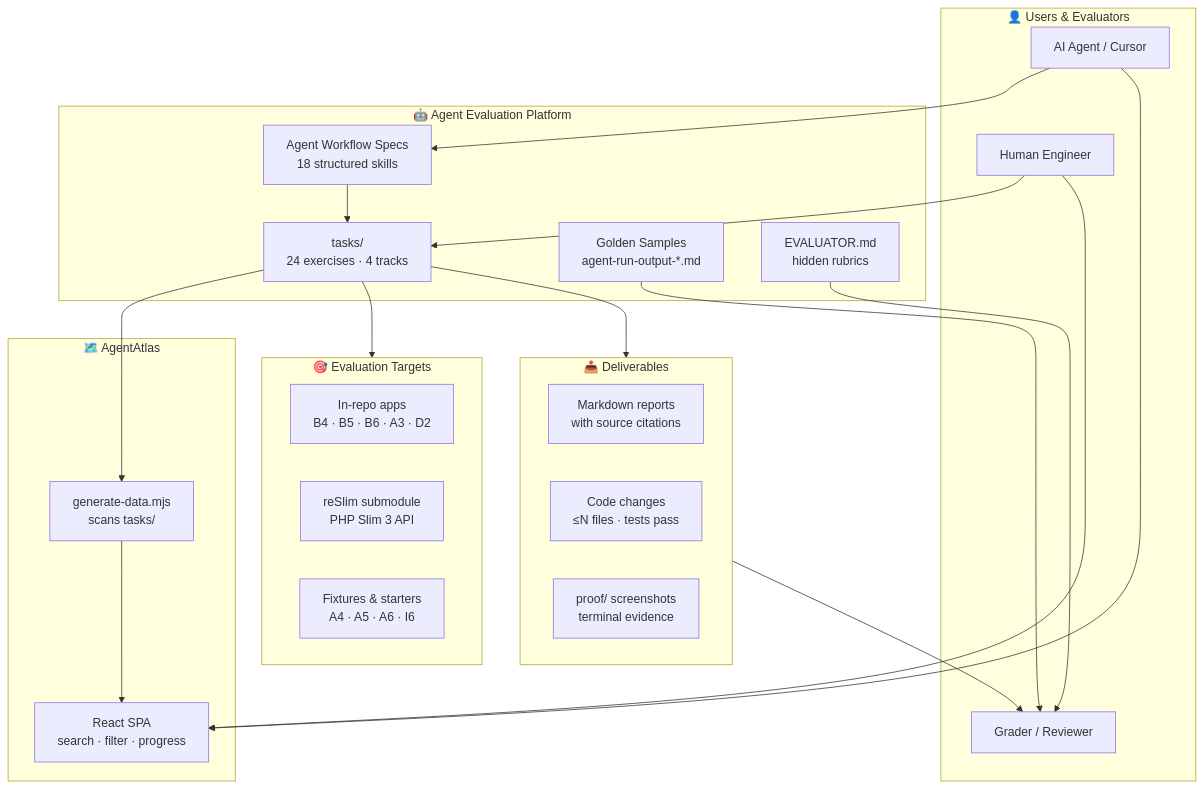
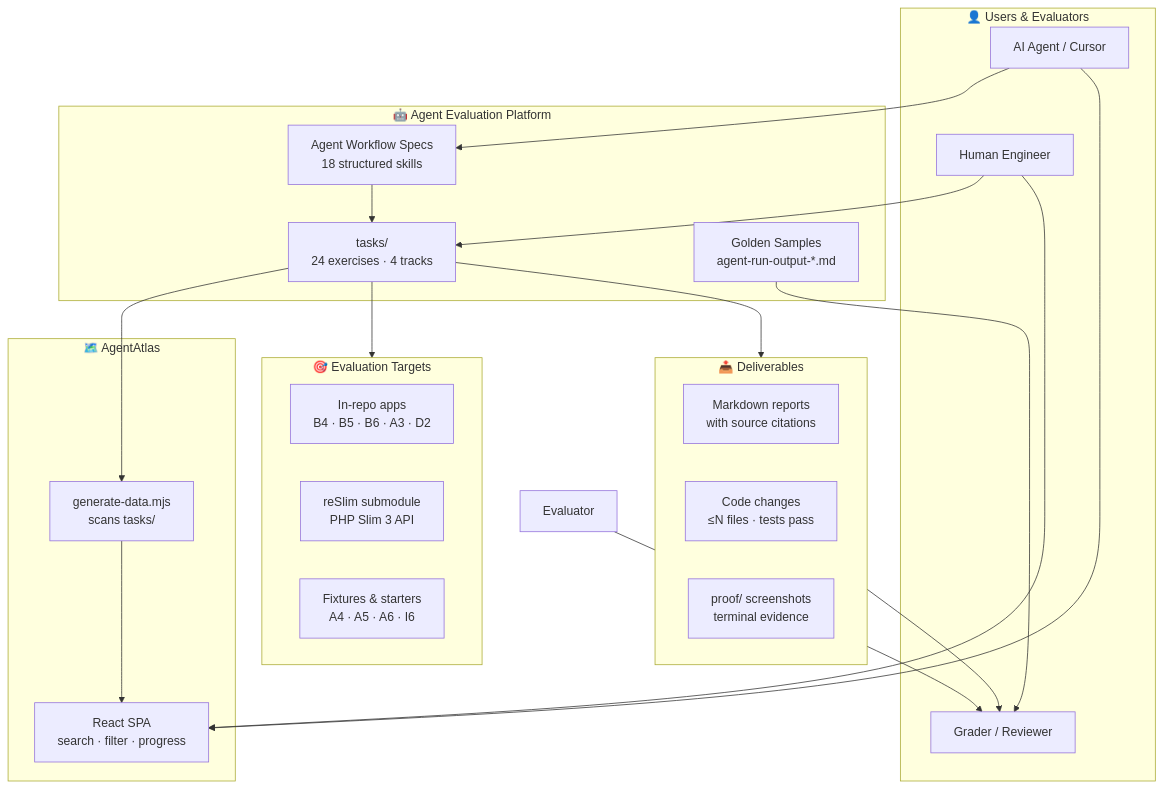
The first of 6 diagrams in README.md (mayank3213/Intern-Cohort-AI-Tasks), drawn with Mermaid before and after one commit. The commit also changed other lines of this file and 134 other files, not shown here.

````diff
--- a/README.md
+++ b/README.md
@@ -156,46 +156,45 @@
 ```mermaid
 flowchart TD
     subgraph Users["👤 Users & Evaluators"]
         Human["Human Engineer"]
         AI["AI Agent / Cursor"]
         Grader["Grader / Reviewer"]
     end
 
     subgraph Platform["🤖 Agent Evaluation Platform"]
         Tasks["tasks/<br/>24 exercises · 4 tracks"]
         Specs["Agent Workflow Specs<br/>18 structured skills"]
         Golden["Golden Samples<br/>agent-run-output-*.md"]
-        Evaluator["EVALUATOR.md<br/>hidden rubrics"]
     end
 
     subgraph Explorer["🗺️ AgentAtlas"]
         Generator["generate-data.mjs<br/>scans tasks/"]
         UI["React SPA<br/>search · filter · progress"]
     end
 
     subgraph Targets["🎯 Evaluation Targets"]
         InRepo["In-repo apps<br/>B4 · B5 · B6 · A3 · D2"]
         ReSlim["reSlim submodule<br/>PHP Slim 3 API"]
         Fixtures["Fixtures & starters<br/>A4 · A5 · A6 · I6"]
     end
 
     subgraph Outputs["📤 Deliverables"]
         Reports["Markdown reports<br/>with source citations"]
         Code["Code changes<br/>≤N files · tests pass"]
         Proof["proof/ screenshots<br/>terminal evidence"]
     end
 
     Human --> Tasks
     AI --> Specs
     Specs --> Tasks
     Tasks --> Targets
     Tasks --> Outputs
     Golden --> Grader
     Evaluator --> Grader
     Outputs --> Grader
 
     Tasks --> Generator
     Generator --> UI
     Human --> UI
     AI --> UI
 ```
````
